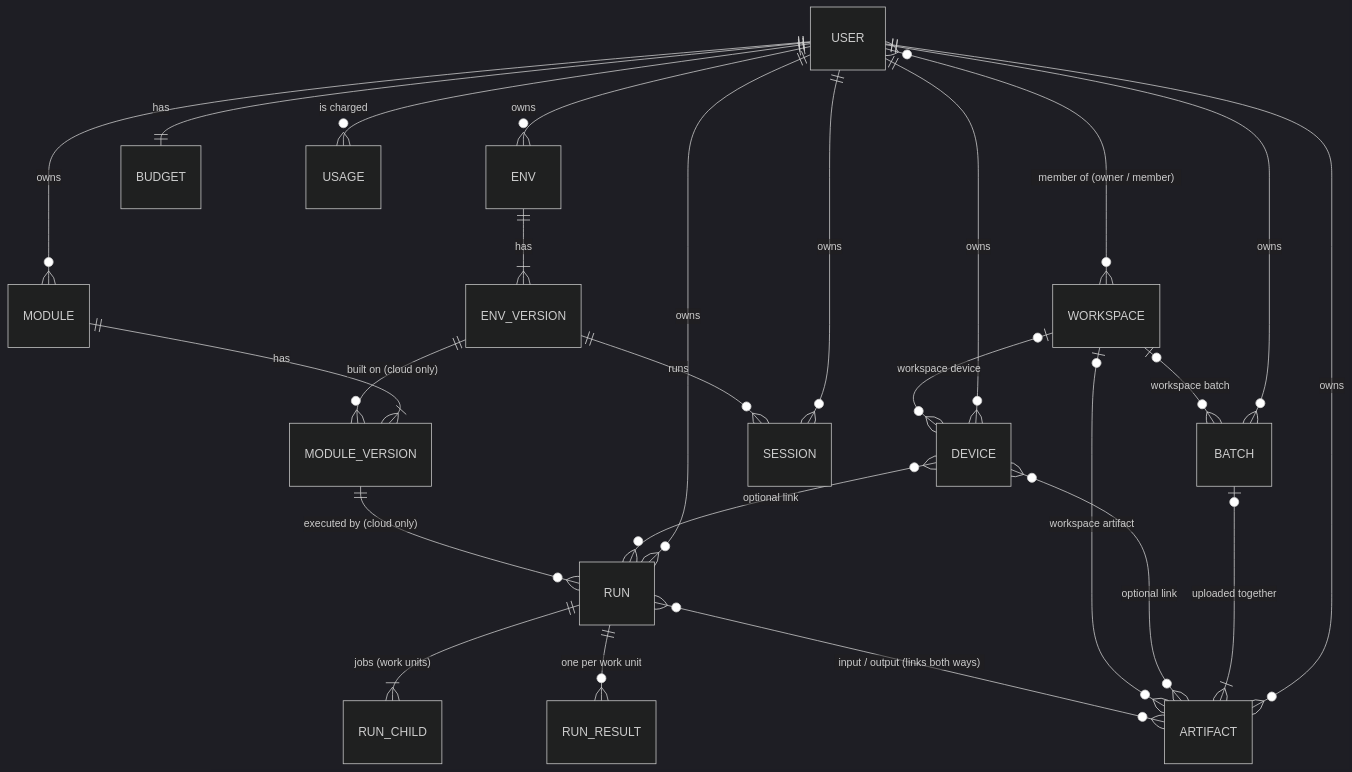
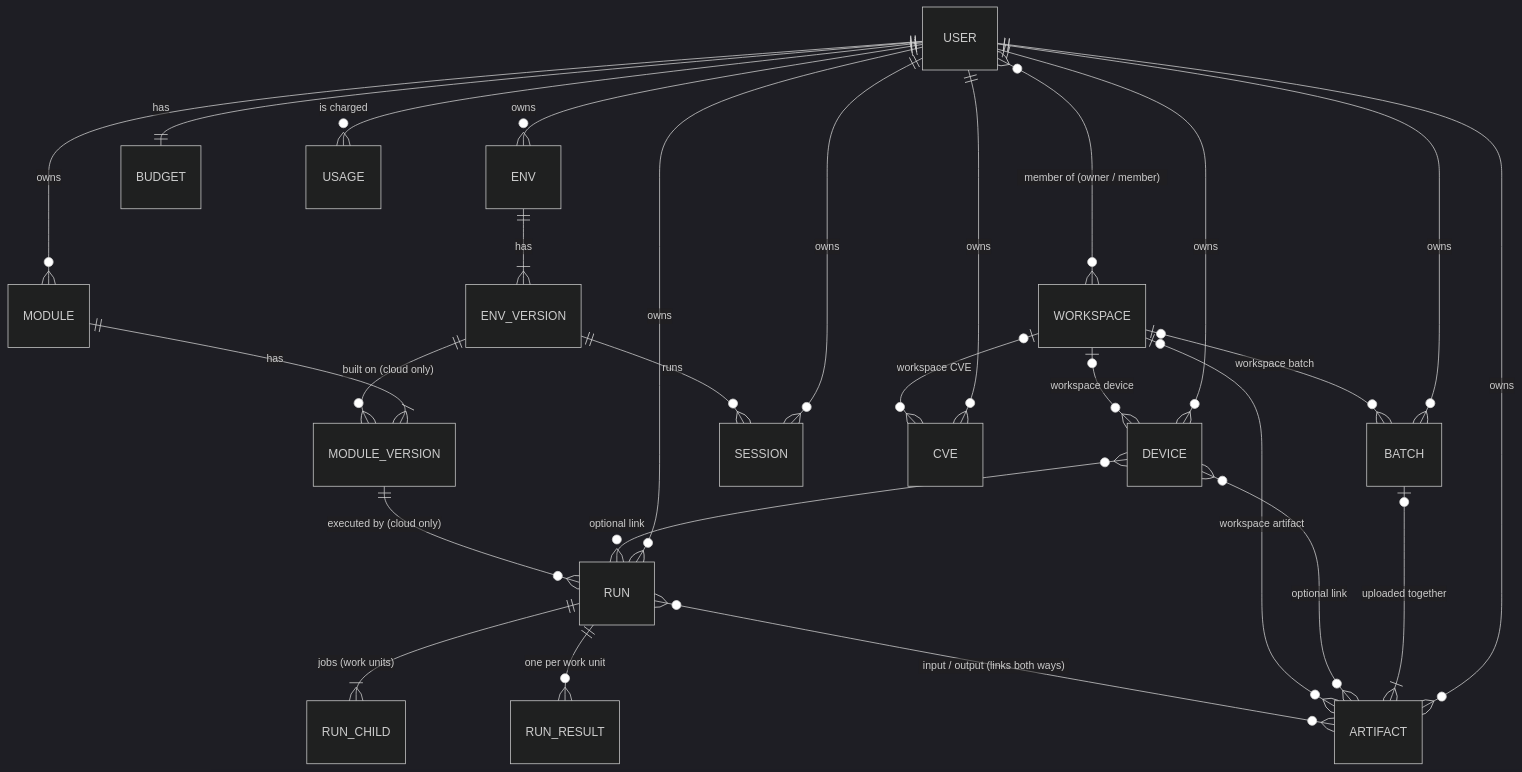
One commit to NathanMal04/Healthcare-IoT-Testbed changed the diagram in Platform/infra/DATABASE.md. Above: the diagram before and after it, drawn with Mermaid (dark theme). The commit also changed other lines of this file and 5 other files, not shown here.

````diff
--- a/Platform/infra/DATABASE.md
+++ b/Platform/infra/DATABASE.md
@@ -308,27 +350,29 @@
 ```mermaid
 erDiagram
     USER ||--o{ DEVICE : owns
     USER ||--o{ ARTIFACT : owns
     USER ||--o{ BATCH : owns
     BATCH |o--|{ ARTIFACT : "uploaded together"
     USER ||--o{ MODULE : owns
     USER ||--o{ ENV : owns
     USER ||--o{ RUN : owns
     USER ||--o{ SESSION : owns
     USER ||--|| BUDGET : has
     USER ||--o{ USAGE : "is charged"
     USER }o--o{ WORKSPACE : "member of (owner / member)"
     WORKSPACE |o--o{ DEVICE : "workspace device"
     DEVICE }o--o{ ARTIFACT : "optional link"
     WORKSPACE |o--o{ ARTIFACT : "workspace artifact"
     WORKSPACE |o--o{ BATCH : "workspace batch"
+    USER ||--o{ CVE : owns
+    WORKSPACE |o--o{ CVE : "workspace CVE"
     DEVICE }o--o{ RUN : "optional link"
     MODULE ||--|{ MODULE_VERSION : has
     ENV ||--|{ ENV_VERSION : has
     ENV_VERSION ||--o{ MODULE_VERSION : "built on (cloud only)"
     ENV_VERSION ||--o{ SESSION : "runs"
     MODULE_VERSION ||--o{ RUN : "executed by (cloud only)"
     RUN ||--|{ RUN_CHILD : "jobs (work units)"
     RUN ||--o{ RUN_RESULT : "one per work unit"
     RUN }o--o{ ARTIFACT : "input / output (links both ways)"
 ```
````
